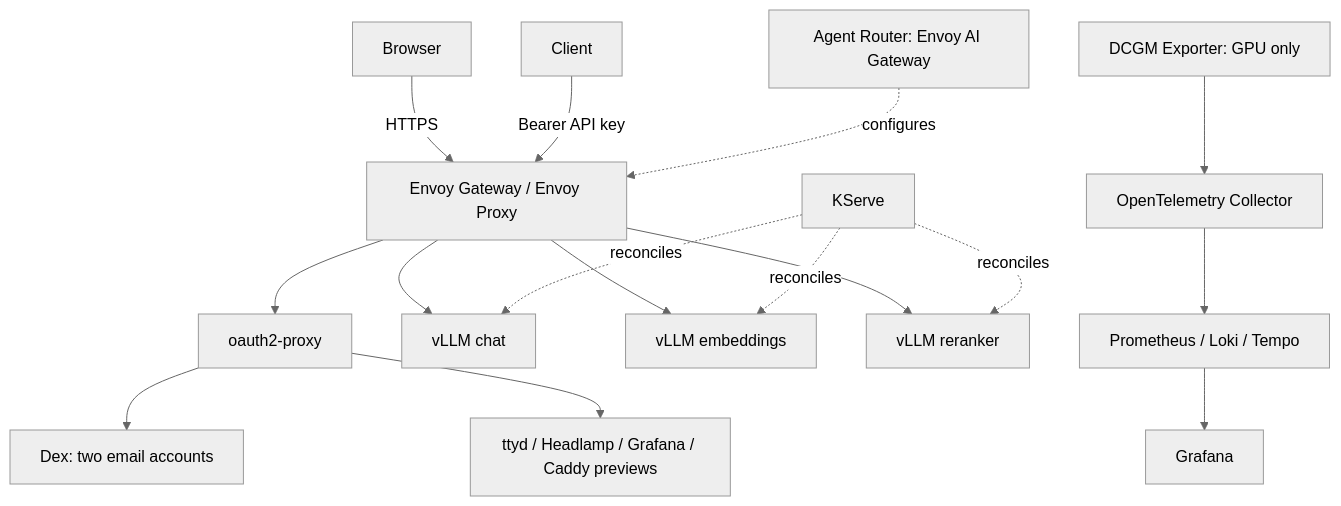
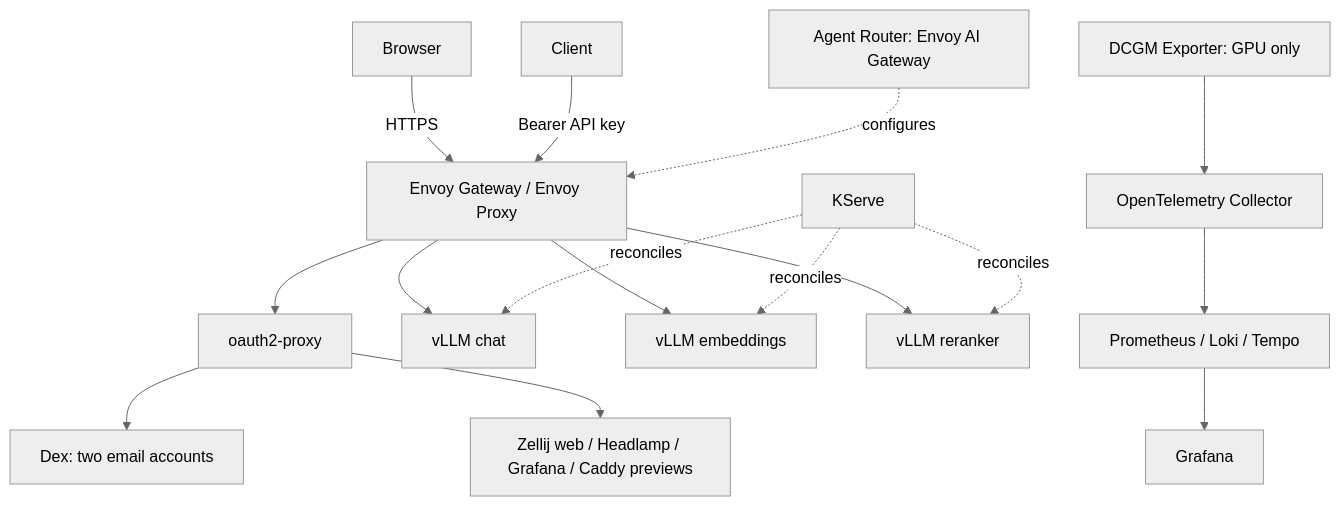
Before and after one commit to tdesaules-devoteam/ai-inference-basics: the diagram in docs/architecture.md, drawn with Mermaid (neutral theme). The commit also changed other lines of this file and 157 other files, not shown here.

````diff
--- a/docs/architecture.md
+++ b/docs/architecture.md
@@ -15,18 +15,18 @@
 ```mermaid
 flowchart TB
   Browser -->|HTTPS| Envoy[Envoy Gateway / Envoy Proxy]
   Envoy --> OAuth[oauth2-proxy]
   OAuth --> Dex[Dex: two email accounts]
-  OAuth --> Tools[ttyd / Headlamp / Grafana / Caddy previews]
+  OAuth --> Tools[Zellij web / Headlamp / Grafana / Caddy previews]
   Client -->|Bearer API key| Envoy
   Router[Agent Router: Envoy AI Gateway] -. configures .-> Envoy
   Envoy --> Chat[vLLM chat]
   Envoy --> Emb[vLLM embeddings]
   Envoy --> Rerank[vLLM reranker]
   KServe -. reconciles .-> Chat
   KServe -. reconciles .-> Emb
   KServe -. reconciles .-> Rerank
   Collector[OpenTelemetry Collector] --> Backends[Prometheus / Loki / Tempo]
   Backends --> Grafana
   DCGM[DCGM Exporter: GPU only] --> Collector
 ```
````
